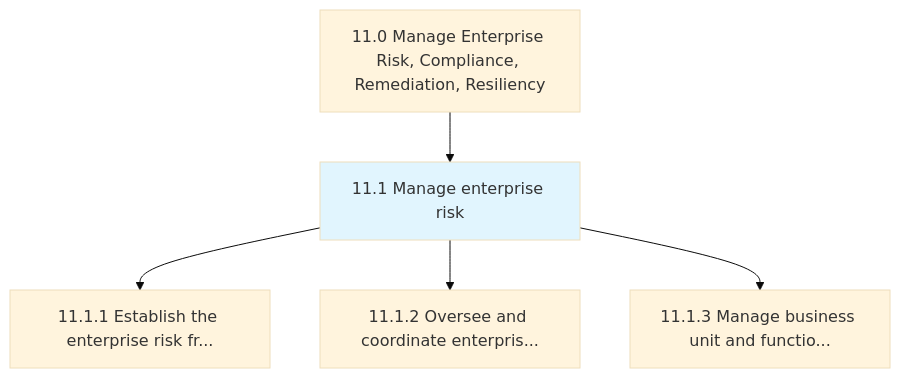
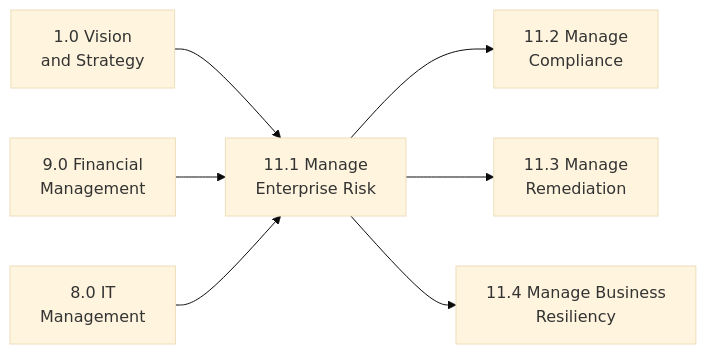
One commit to kziemski/business.org.ai changed the third of 3 diagrams in processes/11-Risk/11.1-ManageEnterpriseRisk/index.mdx. Above: the diagram before and after it, drawn with Mermaid (base theme). The commit also changed other lines of this file and 885 other files, not shown here.

````diff
--- a/processes/11-Risk/11.1-ManageEnterpriseRisk/index.mdx
+++ b/processes/11-Risk/11.1-ManageEnterpriseRisk/index.mdx
@@ -25,9 +221,10 @@
 ```mermaid
-graph TD
-    C11["11.0 Manage Enterprise Risk, Compliance, Remediation, Resiliency"]
-    C11 --> N11_1["11.1 Manage enterprise risk"]
-    style N11_1 fill:#e1f5fe
-    N11_1 --> N11_1_1["11.1.1 Establish the enterprise risk fr..."]
-    N11_1 --> N11_1_2["11.1.2 Oversee and coordinate enterpris..."]
-    N11_1 --> N11_1_3["11.1.3 Manage business unit and functio..."]
+graph LR
+    VS["1.0 Vision<br/>and Strategy"] --> MER["11.1 Manage<br/>Enterprise Risk"]
+    FM["9.0 Financial<br/>Management"] --> MER
+    IT["8.0 IT<br/>Management"] --> MER
+
+    MER --> MC["11.2 Manage<br/>Compliance"]
+    MER --> MR["11.3 Manage<br/>Remediation"]
+    MER --> MBR["11.4 Manage Business<br/>Resiliency"]
 ```
````
